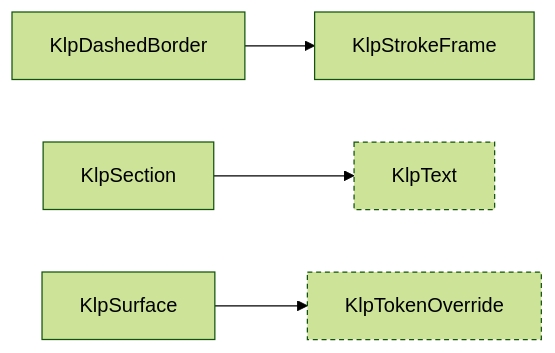
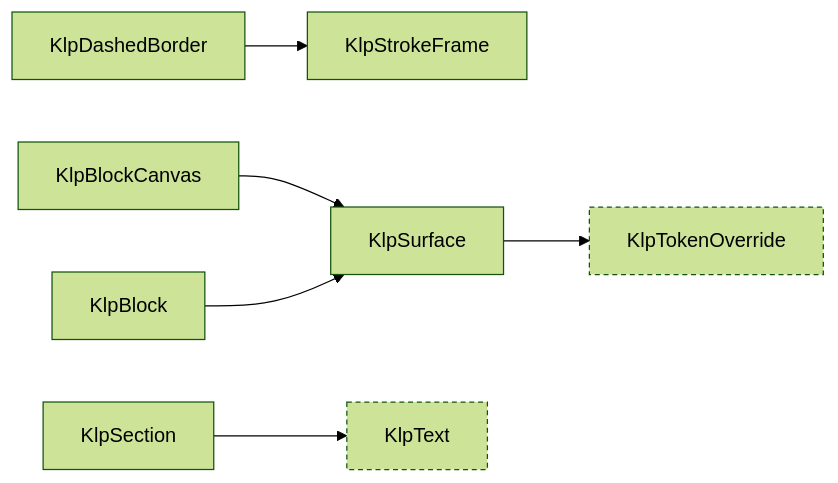
The fourth of 16 diagrams in spec/component-inventory.md (MiuDog/Kallopis), drawn with Mermaid (forest theme) before and after one commit. The commit also changed other lines of this file and 12 other files, not shown here.

````diff
--- a/spec/component-inventory.md
+++ b/spec/component-inventory.md
@@ -276,13 +218,17 @@
 ```mermaid
 graph LR
+  KlpBlock["KlpBlock"]
+  KlpBlockCanvas["KlpBlockCanvas"]
   KlpDashedBorder["KlpDashedBorder"]
   KlpSection["KlpSection"]
   KlpStrokeFrame["KlpStrokeFrame"]
   KlpSurface["KlpSurface"]
   KlpText["KlpText"]:::external
   KlpTokenOverride["KlpTokenOverride"]:::external
+  KlpBlockCanvas --> KlpSurface
+  KlpBlock --> KlpSurface
   KlpDashedBorder --> KlpStrokeFrame
   KlpSection --> KlpText
   KlpSurface --> KlpTokenOverride
   classDef external stroke-dasharray: 4 3;
 ```
````
